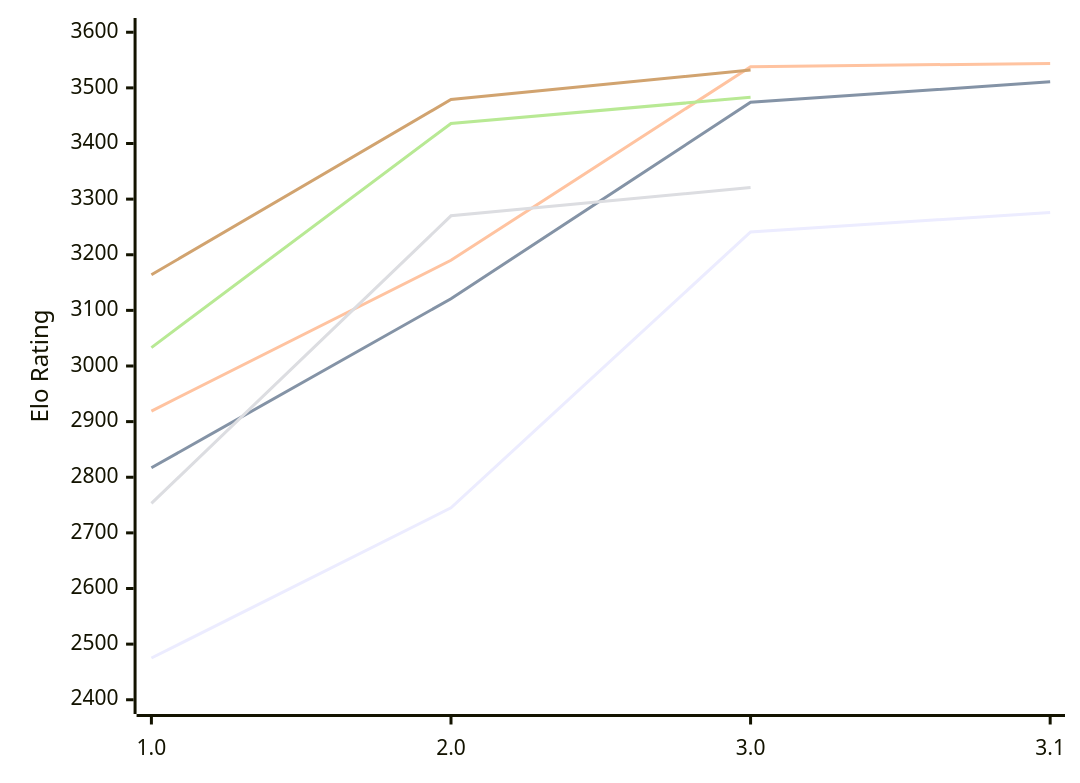
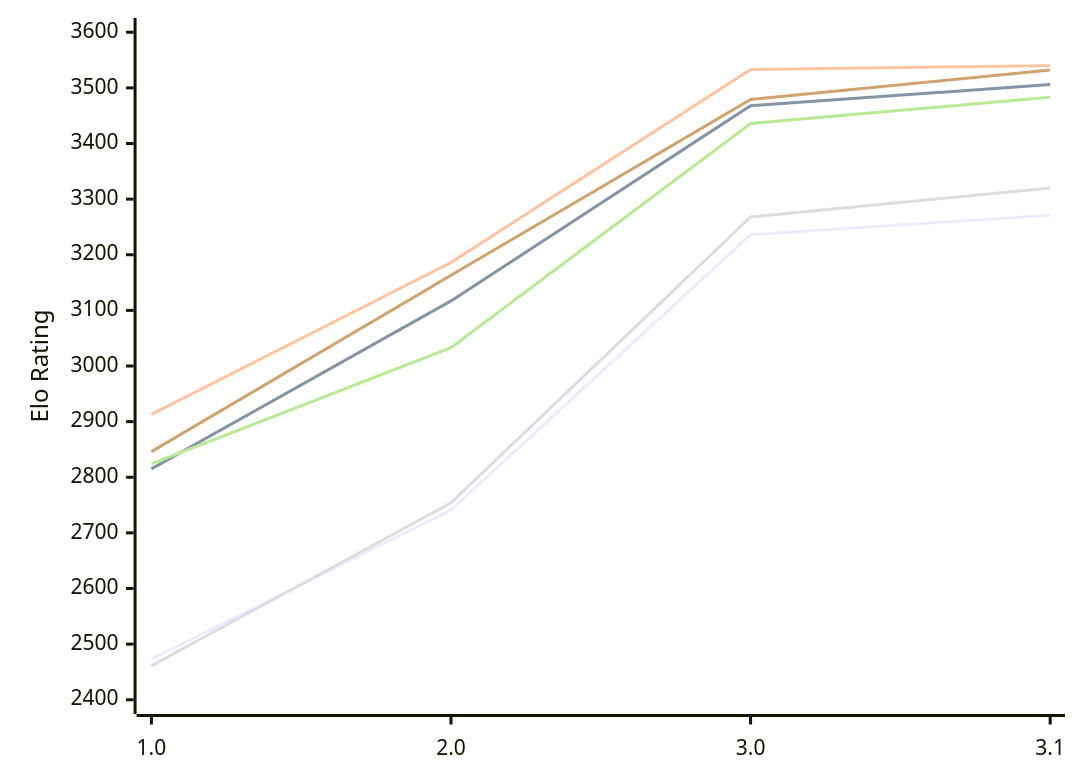
The diagram in engines/Funcomp.md (computer-chess-index/cci), drawn with Mermaid before and after one commit. The commit also changed other lines of this file, not shown here.

Commit message:
Update CCI Ratings (ELO VLTC) - 2026-11-26

````diff
--- a/engines/Funcomp.md
+++ b/engines/Funcomp.md
@@ -52,12 +53,12 @@
 ```mermaid
 %%{init: {"theme":"base","themeVariables":{"seriesColors:['#a3a3a3','#222221','#faa371']}}}%%
 xychart-beta
   x-axis ["1.0", "2.0", "3.0", "3.1"]
   y-axis "Elo Rating" 2400 --> 3600
-  line "E1: STC (8.0+0.08s)" [2475, 2745, 3241, 3276]
-  line "E1: LTC (60.0+0.60s)" [2817, 3121, 3474, 3511]
-  line "E1: VLTC (2m24s+1.12s)" [2919, 3190, 3538, 3544]
-  line "P1: STC (8.0+0.08s)" [2753, 3270, 3321]
-  line "P1: LTC (60.0+0.60s)" [3033, 3436, 3483]
-  line "P1: VLTC (2m24s+1.12s)" [3164, 3479, 3532]
+  line "E1: STC (8.0+0.08s)" [2473, 2741, 3236, 3271]
+  line "E1: LTC (60.0+0.60s)" [2815, 3117, 3468, 3506]
+  line "E1: VLTC (2m24s+1.12s)" [2913, 3186, 3533, 3540]
+  line "P1: STC (8.0+0.08s)" [2461, 2754, 3268, 3320]
+  line "P1: LTC (60.0+0.60s)" [2824, 3033, 3436, 3483]
+  line "P1: VLTC (2m24s+1.12s)" [2846, 3163, 3479, 3532]
 ```
````
